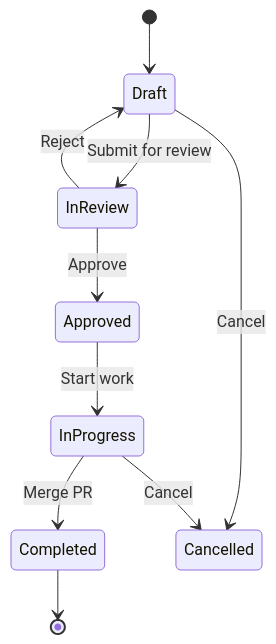
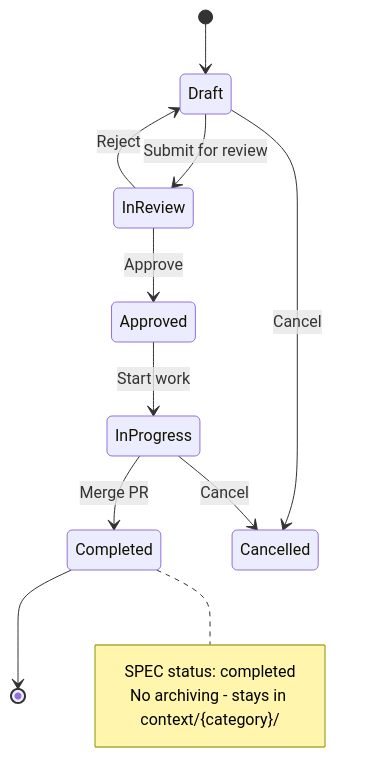
One commit to calavia-org/opencode-hub changed the fifth of 5 diagrams in docs/workflows.md. Above: the diagram before and after it, drawn with Mermaid. The commit also changed other lines of this file and 266 other files, not shown here.

````diff
--- a/docs/workflows.md
+++ b/docs/workflows.md
@@ -130,13 +127,18 @@
 ```mermaid
 stateDiagram-v2
     [*] --> Draft
     Draft --> InReview: Submit for review
     InReview --> Approved: Approve
     InReview --> Draft: Reject
     Approved --> InProgress: Start work
     InProgress --> Completed: Merge PR
     Completed --> [*]
     
     Draft --> Cancelled: Cancel
     InProgress --> Cancelled: Cancel
+    
+    note right of Completed
+        SPEC status: completed
+        No archiving - stays in context/{category}/
+    end note
 ```
````
